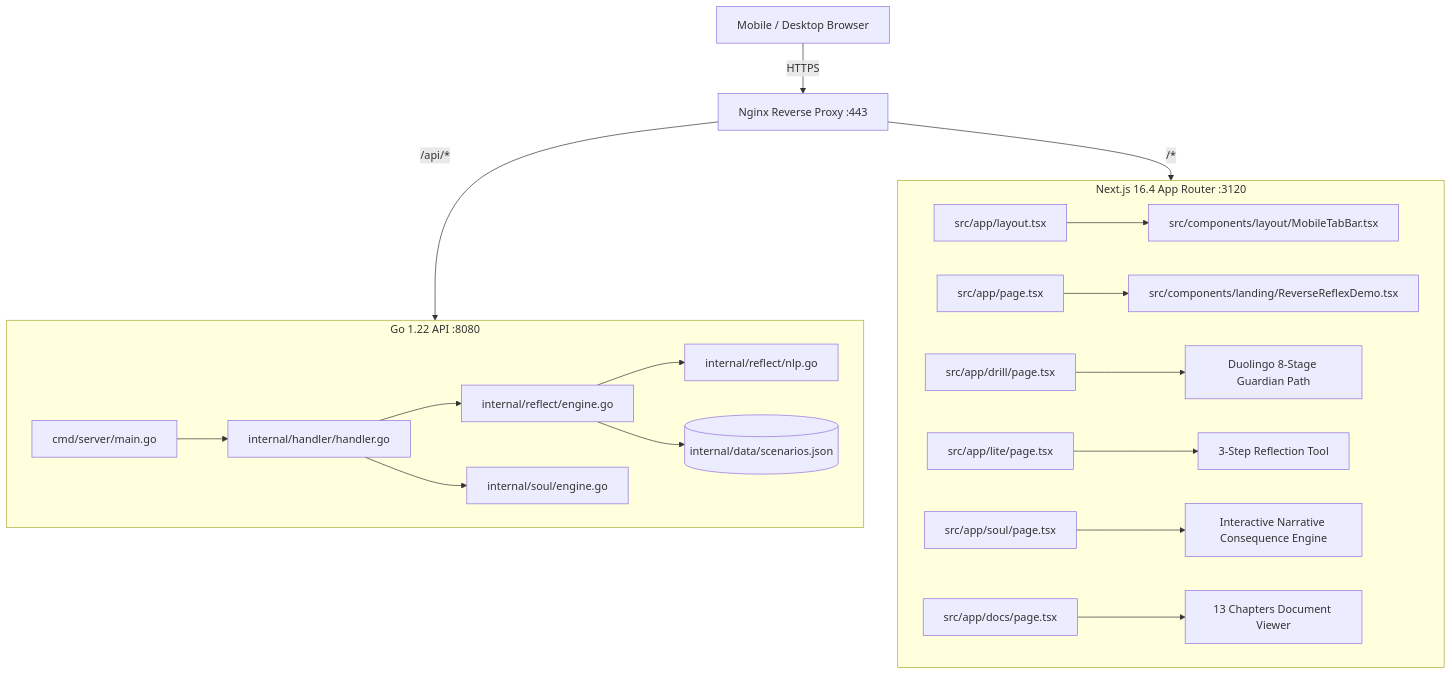
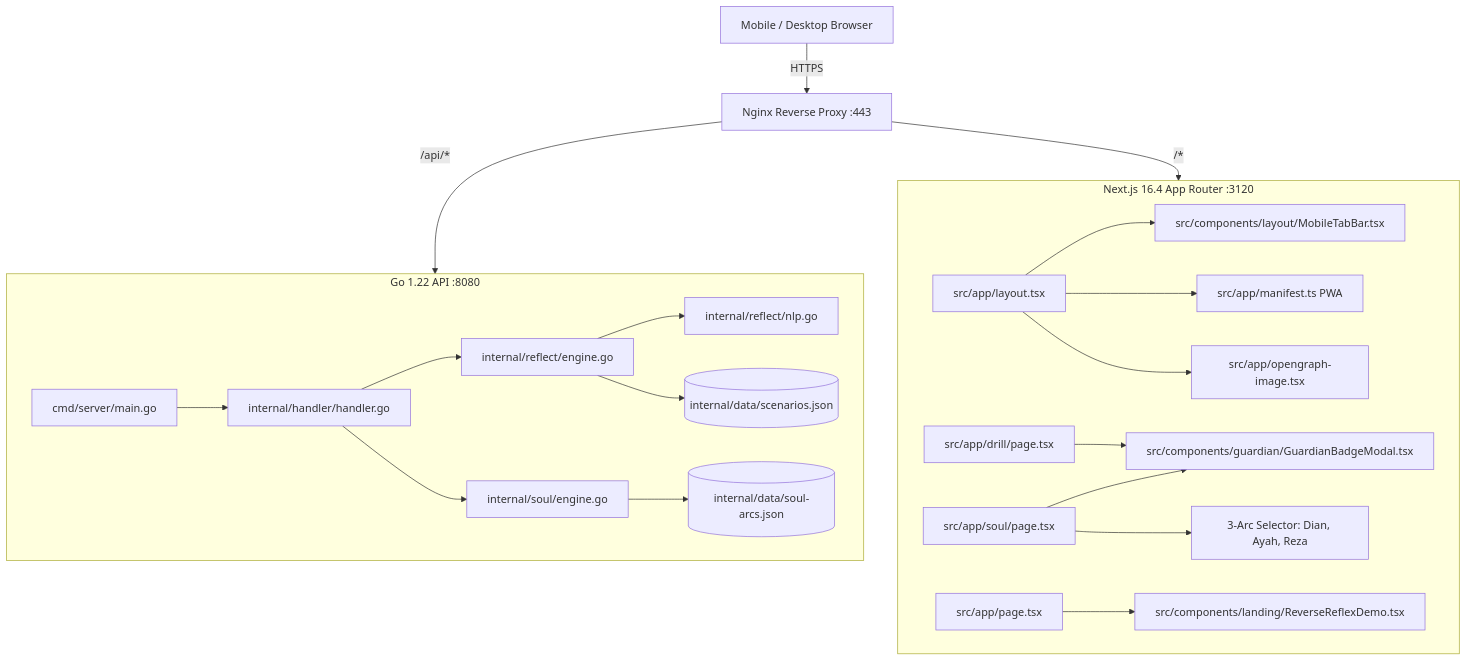
Before and after one commit to fk0u/anti-trap-order: the diagram in RUAS_CONTEXT.md, drawn with Mermaid. The commit also changed other lines of this file and 18 other files, not shown here.

Commit message:
feat: complete 4 core foundations (PWA manifest & icons, 3 soul arcs, guardian badge canvas generator, dynamic opengraph SEO)

````diff
--- a/RUAS_CONTEXT.md
+++ b/RUAS_CONTEXT.md
@@ -76,24 +71,26 @@
 ```mermaid
 graph TD
   UserMobile[Mobile / Desktop Browser] -->|HTTPS| Nginx[Nginx Reverse Proxy :443]
   
   subgraph Frontend [Next.js 16.4 App Router :3120]
     Root[src/app/layout.tsx] --> TabBar[src/components/layout/MobileTabBar.tsx]
+    Root --> Manifest[src/app/manifest.ts PWA]
+    Root --> OG[src/app/opengraph-image.tsx]
+    Drill[src/app/drill/page.tsx] --> BadgeModal[src/components/guardian/GuardianBadgeModal.tsx]
+    Soul[src/app/soul/page.tsx] --> BadgeModal
+    Soul --> ArcSelector[3-Arc Selector: Dian, Ayah, Reza]
     Landing[src/app/page.tsx] --> Demo[src/components/landing/ReverseReflexDemo.tsx]
-    Drill[src/app/drill/page.tsx] --> SkillTree[Duolingo 8-Stage Guardian Path]
-    Lite[src/app/lite/page.tsx] --> FastSim[3-Step Reflection Tool]
-    Soul[src/app/soul/page.tsx] --> Arc[Interactive Narrative Consequence Engine]
-    Docs[src/app/docs/page.tsx] --> Outline[13 Chapters Document Viewer]
   end
 
   subgraph Backend [Go 1.22 API :8080]
     Server[cmd/server/main.go] --> Handler[internal/handler/handler.go]
     Handler --> ReflectEngine[internal/reflect/engine.go]
     Handler --> SoulEngine[internal/soul/engine.go]
     ReflectEngine --> NLP[internal/reflect/nlp.go]
     ReflectEngine --> ScenariosJSON[(internal/data/scenarios.json)]
+    SoulEngine --> SoulArcsJSON[(internal/data/soul-arcs.json)]
   end
 
   Nginx -->|/api/*| Backend
   Nginx -->|/*| Frontend
 ```
````
